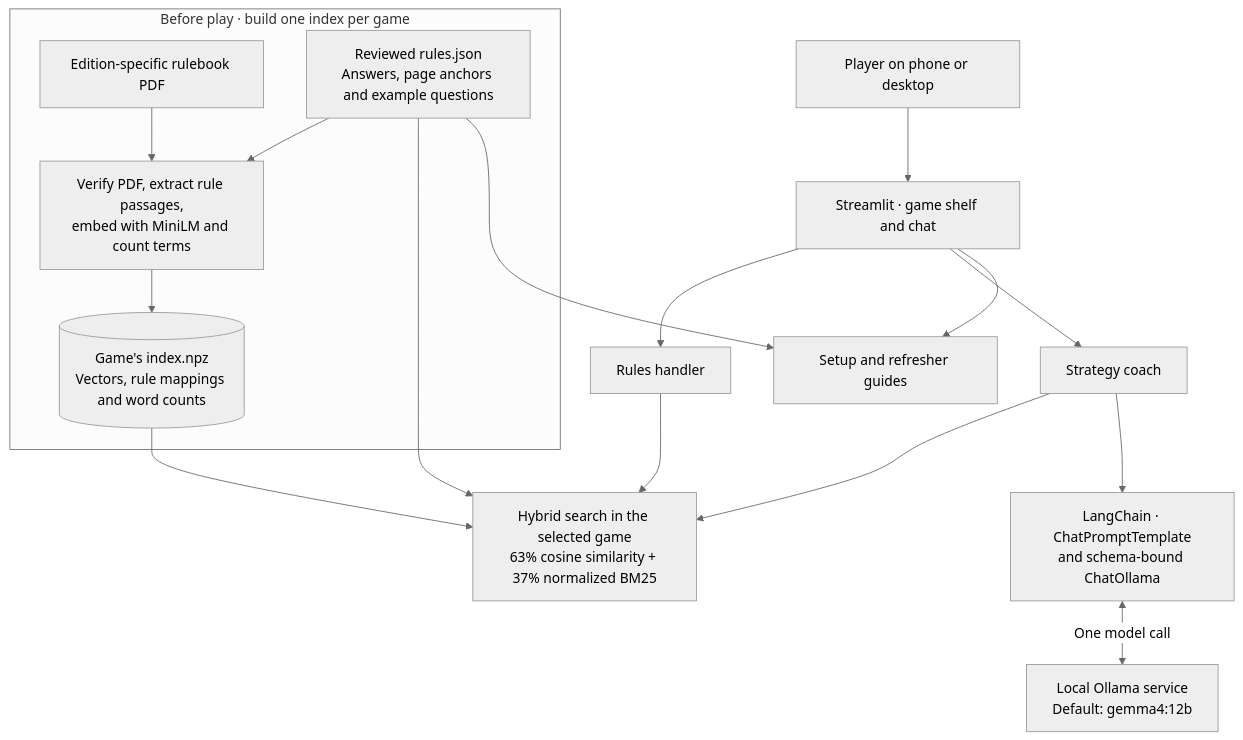
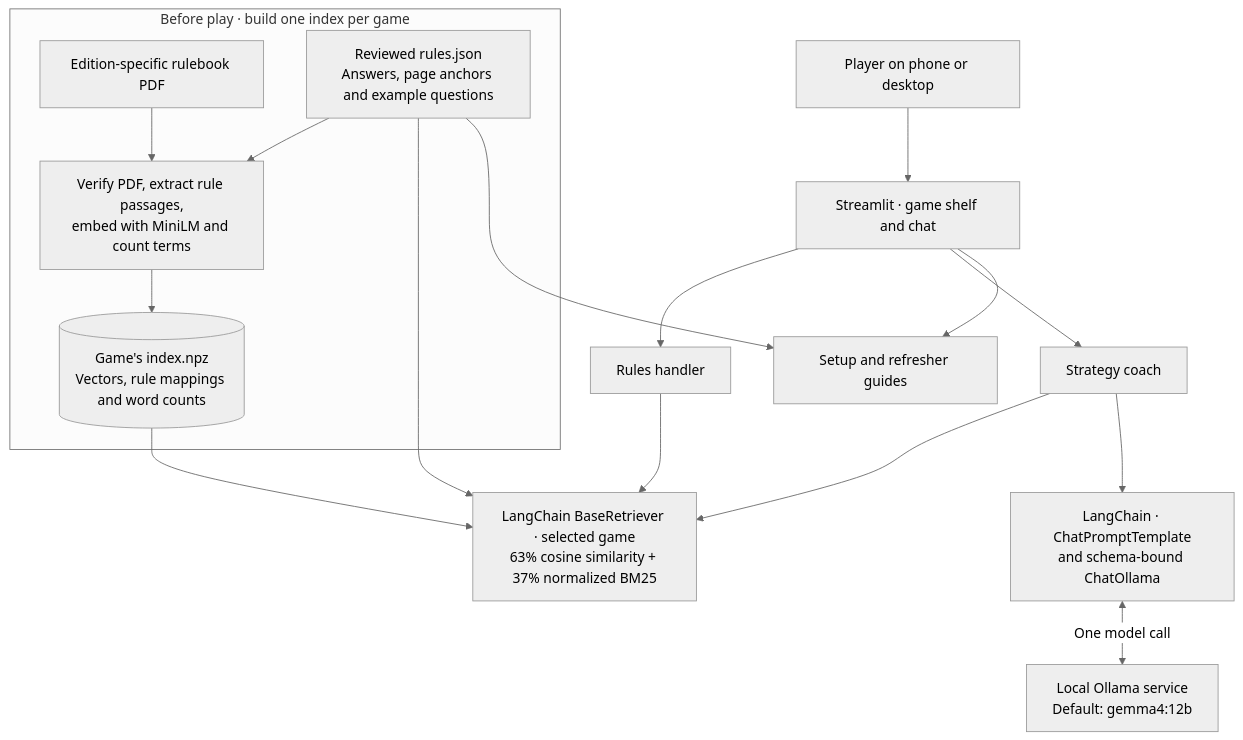
Before and after one commit to Shrezz/tabletalk: the first of 2 diagrams in docs/architecture.md, drawn with Mermaid (neutral theme). The commit also changed other lines of this file and 9 other files, not shown here.

Commit message:
Use a LangChain retriever for local hybrid rule search

````diff
--- a/docs/architecture.md
+++ b/docs/architecture.md
@@ -7,19 +7,19 @@
 ```mermaid
 flowchart TB
     subgraph Build["Before play · build one index per game"]
         PDF["Edition-specific rulebook PDF"] --> B["Verify PDF, extract rule passages,<br/>embed with MiniLM and count terms"]
         C["Reviewed rules.json<br/>Answers, page anchors and example questions"] --> B
         B --> I[("Game's index.npz<br/>Vectors, rule mappings and word counts")]
     end
     P["Player on phone or desktop"] --> UI["Streamlit · game shelf and chat"]
     UI --> R["Rules handler"]
     UI --> S["Strategy coach"]
     UI --> G["Setup and refresher guides"]
-    R --> H["Hybrid search in the selected game<br/>63% cosine similarity + 37% normalized BM25"]
+    R --> H["LangChain BaseRetriever · selected game<br/>63% cosine similarity + 37% normalized BM25"]
     S --> H
     I --> H
     C --> H
     C --> G
     S --> LC["LangChain · ChatPromptTemplate<br/>and schema-bound ChatOllama"]
     LC <-->|"One model call"| L["Local Ollama service<br/>Default: gemma4:12b"]
 ```
````
